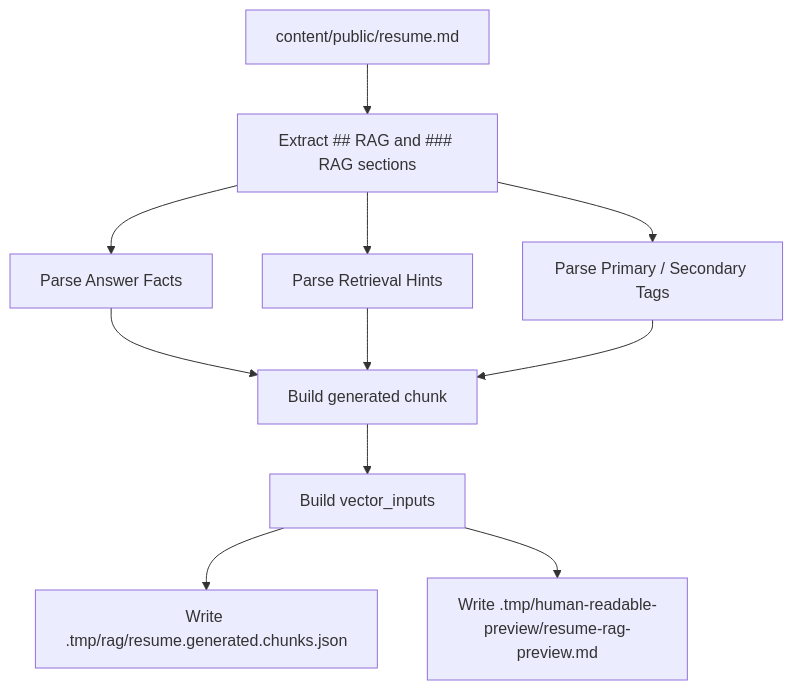
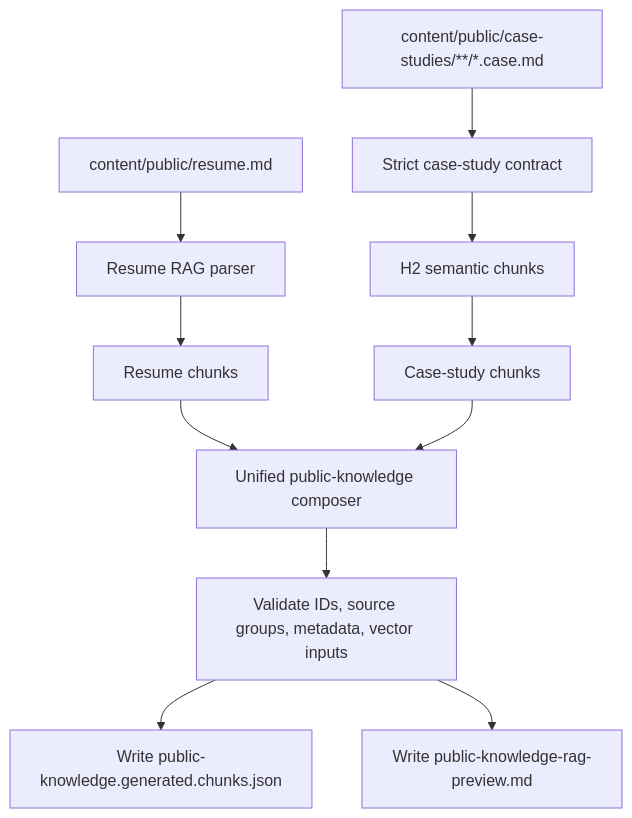
The diagram in docs/rag-pipeline.md (AlexTymosh/alextym.com), drawn with Mermaid before and after one commit. The commit also changed other lines of this file and 12 other files, not shown here.

First line of the commit message:
🧪 test(rag): validate case study retrieval pipeline

````diff
--- a/docs/rag-pipeline.md
+++ b/docs/rag-pipeline.md
@@ -72,13 +78,13 @@
 ```mermaid
 flowchart TD
-    A["content/public/resume.md"] --> B["Extract ## RAG and ### RAG sections"]
-    B --> C["Parse Answer Facts"]
-    B --> D["Parse Retrieval Hints"]
-    B --> E["Parse Primary / Secondary Tags"]
-    C --> F["Build generated chunk"]
-    D --> F
-    E --> F
-    F --> G["Build vector_inputs"]
-    G --> H["Write .tmp/rag/resume.generated.chunks.json"]
-    G --> I["Write .tmp/human-readable-preview/resume-rag-preview.md"]
+    A["content/public/resume.md"] --> B["Resume RAG parser"]
+    C["content/public/case-studies/**/*.case.md"] --> D["Strict case-study contract"]
+    D --> E["H2 semantic chunks"]
+    B --> F["Resume chunks"]
+    E --> G["Case-study chunks"]
+    F --> H["Unified public-knowledge composer"]
+    G --> H
+    H --> I["Validate IDs, source groups, metadata, vector inputs"]
+    I --> J["Write public-knowledge.generated.chunks.json"]
+    I --> K["Write public-knowledge-rag-preview.md"]
 ```
````
